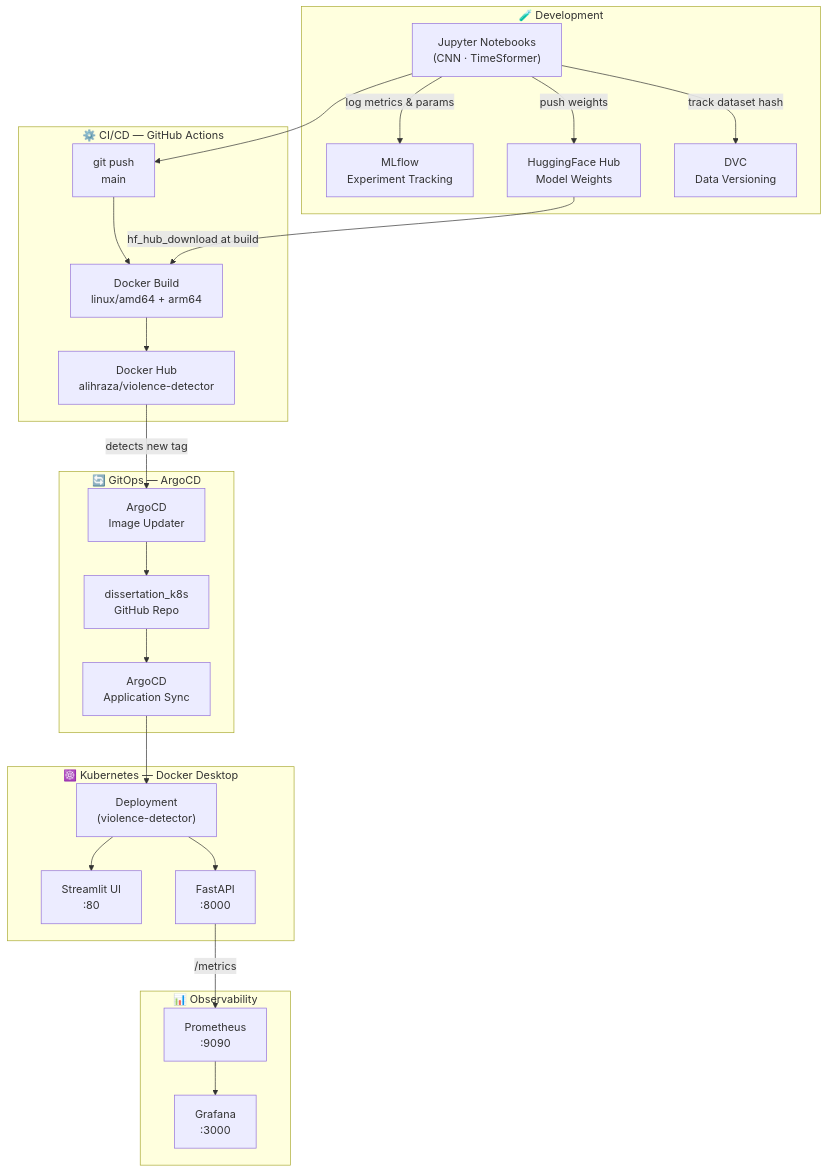
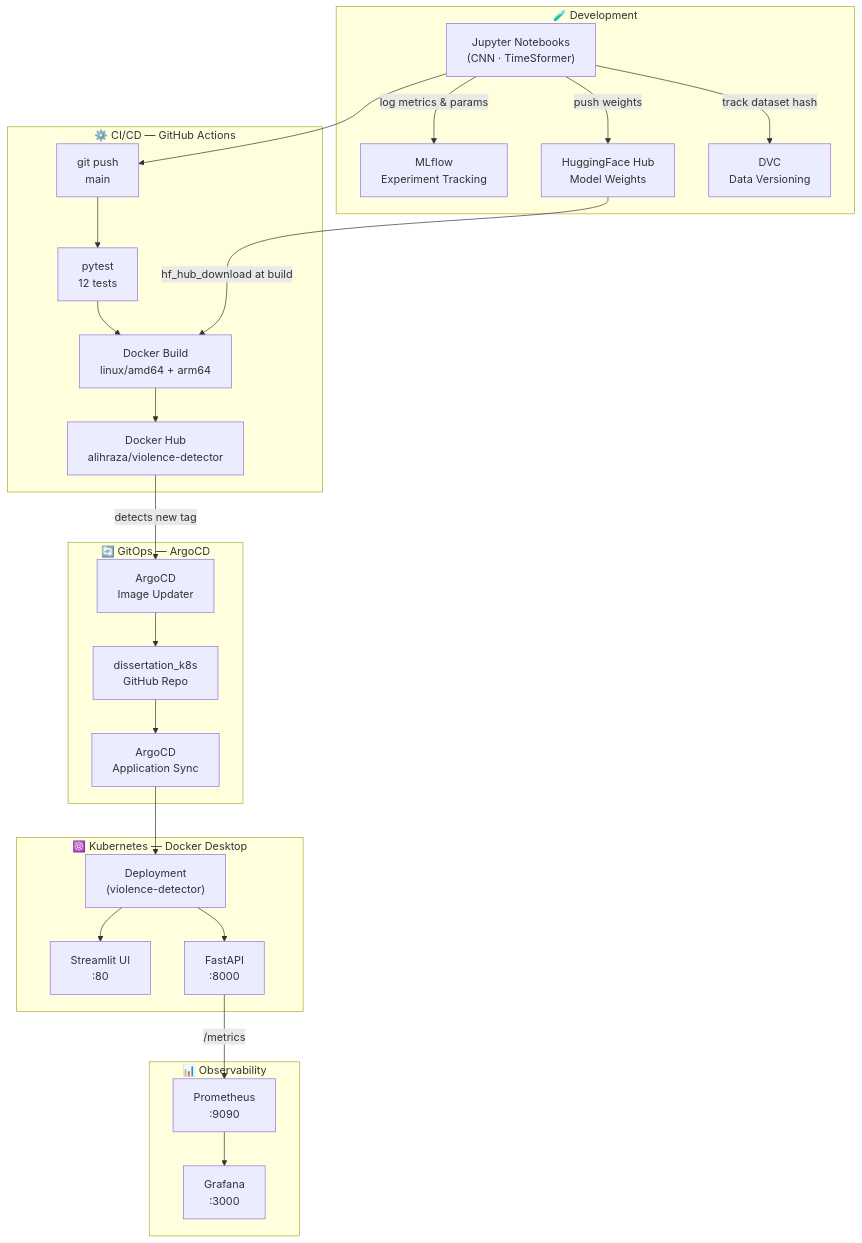
Before and after one commit to alihraza099/lsbu_dissertation: the diagram in README.md, drawn with Mermaid. The commit also changed other lines of this file, not shown here.

First line of the commit message:
docs: update README to reflect tests, alerting rules, and probes

````diff
--- a/README.md
+++ b/README.md
@@ -15,44 +15,45 @@
 ```mermaid
 flowchart TD
     subgraph DEV["🧪 Development"]
         NB["Jupyter Notebooks\n(CNN · TimeSformer)"]
         MLF["MLflow\nExperiment Tracking"]
         HF["HuggingFace Hub\nModel Weights"]
         DVC["DVC\nData Versioning"]
         NB -->|log metrics & params| MLF
         NB -->|push weights| HF
         NB -->|track dataset hash| DVC
     end
 
     subgraph CICD["⚙️ CI/CD — GitHub Actions"]
         GH["git push\nmain"]
+        TEST["pytest\n12 tests"]
         BUILD["Docker Build\nlinux/amd64 + arm64"]
         DH["Docker Hub\nalihraza/violence-detector"]
-        GH --> BUILD --> DH
+        GH --> TEST --> BUILD --> DH
     end
 
     subgraph GITOPS["🔄 GitOps — ArgoCD"]
         IU["ArgoCD\nImage Updater"]
         REPO["dissertation_k8s\nGitHub Repo"]
         ARGO["ArgoCD\nApplication Sync"]
         DH -->|detects new tag| IU --> REPO --> ARGO
     end
 
     subgraph K8S["☸️ Kubernetes — Docker Desktop"]
         DEP["Deployment\n(violence-detector)"]
         UI["Streamlit UI\n:80"]
         API["FastAPI\n:8000"]
         ARGO --> DEP
         DEP --> UI
         DEP --> API
     end
 
     subgraph OBS["📊 Observability"]
         PROM["Prometheus\n:9090"]
         GRAF["Grafana\n:3000"]
         API -->|/metrics| PROM --> GRAF
     end
 
     NB --> GH
     HF -->|hf_hub_download at build| BUILD
 ```
````
